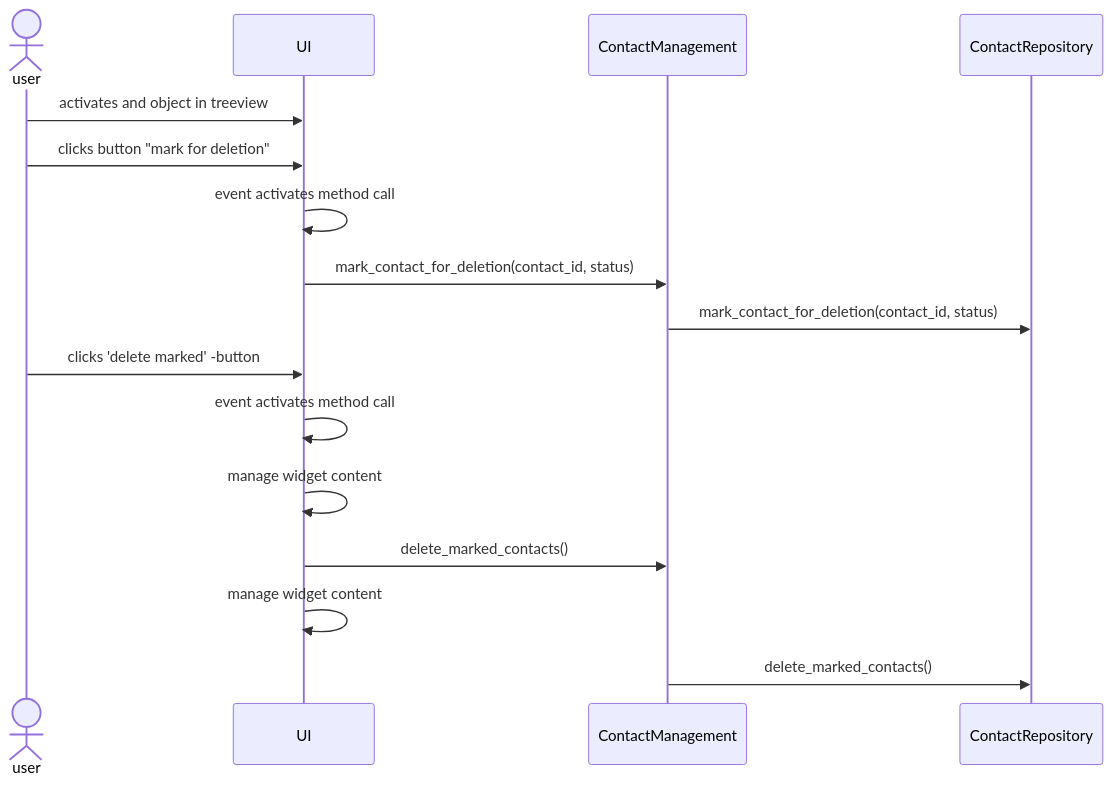
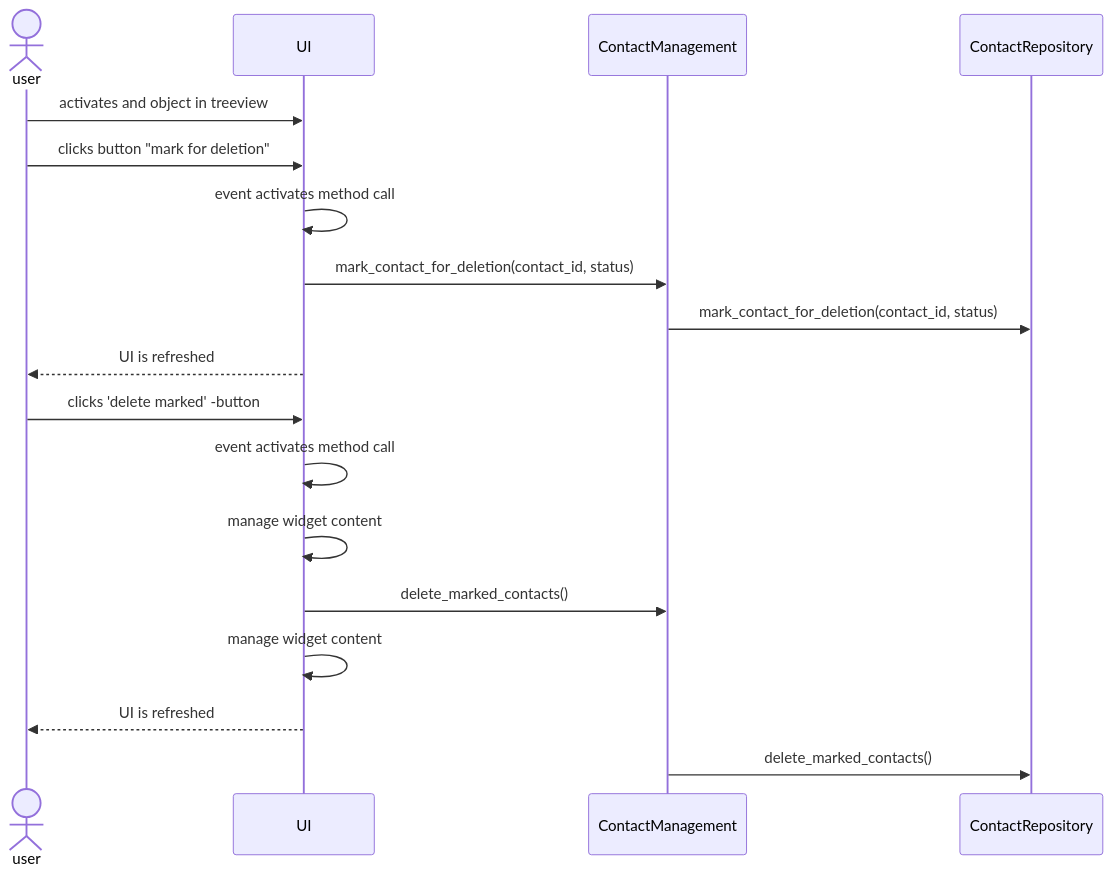
Before and after one commit to heidi-holappa/ot-harjoitustyo: the fifth of 5 diagrams in documentation/architecture.md, drawn with Mermaid.

Commit message:
change order in mermaid syntax

````diff
--- a/documentation/architecture.md
+++ b/documentation/architecture.md
@@ -121,18 +121,20 @@
 ```mermaid
 sequenceDiagram
 actor user
 participant UI
 participant ContactManagement
 participant ContactRepository
 user ->> UI: activates and object in treeview
 user ->> UI: clicks button "mark for deletion"
 UI ->> UI: event activates method call
 UI ->> ContactManagement: mark_contact_for_deletion(contact_id, status)
 ContactManagement ->> ContactRepository: mark_contact_for_deletion(contact_id, status)
+UI -->> user: UI is refreshed
 user ->> UI: clicks 'delete marked' -button
 UI ->> UI: event activates method call
 UI ->> UI: manage widget content
 UI ->> ContactManagement: delete_marked_contacts()
 UI ->> UI: manage widget content
+UI -->> user: UI is refreshed
 ContactManagement ->> ContactRepository: delete_marked_contacts()
 ```
````
